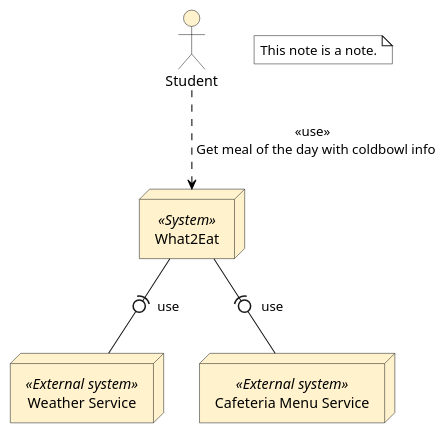
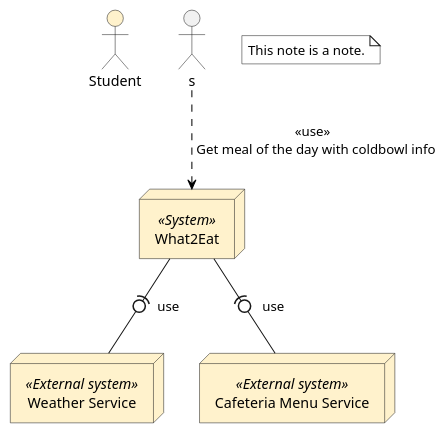
The diagram in what2eat/sw@rt_what2eat.plantuml (YanChunChang/BA_Plantuml), drawn with PlantUML before and after one commit. The commit also changed 1 other file, not shown here.

```diff
--- a/what2eat/sw@rt_what2eat.plantuml
+++ b/what2eat/sw@rt_what2eat.plantuml
@@ -1,14 +1,13 @@
 @startuml sw@rt_simple_what2eat
 
-:Student: as s #fff2cc
+:Student: #fff2cc
 node "What2Eat" << System >> as e #fff2cc
 node "Weather Service" << External system >> as w #fff2cc
 node "Cafeteria Menu Service" << External system >> as c #fff2cc
 
 s --> e  #black;line.dashed;:<<use>> \n Get meal of the day with coldbowl info 
 e -(0- w: use
 e -(0- c: use
 
-
 note "This note is a note." as n #ffffff
 @enduml
```
